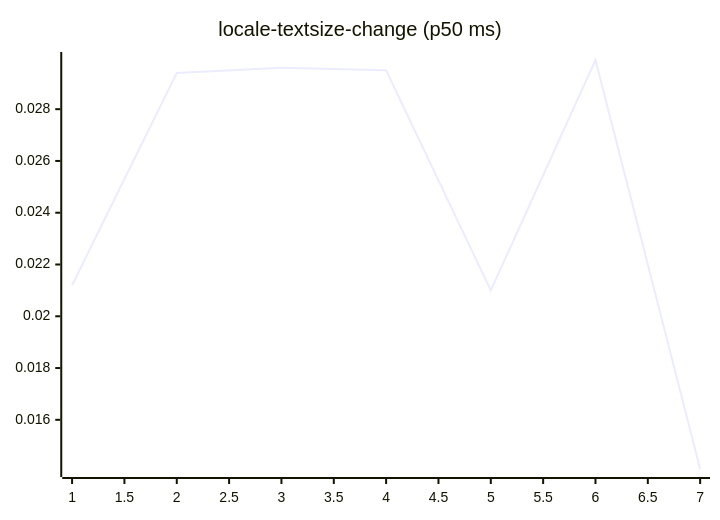
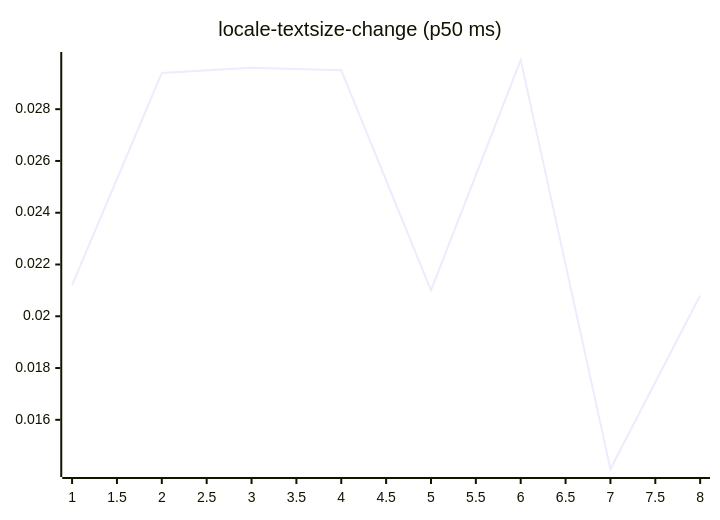
Before and after one commit to josha/Facet: diagram 13 of 27 in README.md, drawn with Mermaid. The commit also changed other lines of this file and 2 other files, not shown here.

````diff
--- a/README.md
+++ b/README.md
@@ -147,6 +147,6 @@
 ```mermaid
 xychart-beta
     title "locale-textsize-change (p50 ms)"
-    x-axis 1 --> 7
-    line [0.0212, 0.0294, 0.0296, 0.0295, 0.0210, 0.0299, 0.0141]
+    x-axis 1 --> 8
+    line [0.0212, 0.0294, 0.0296, 0.0295, 0.0210, 0.0299, 0.0141, 0.0208]
 ```
````
